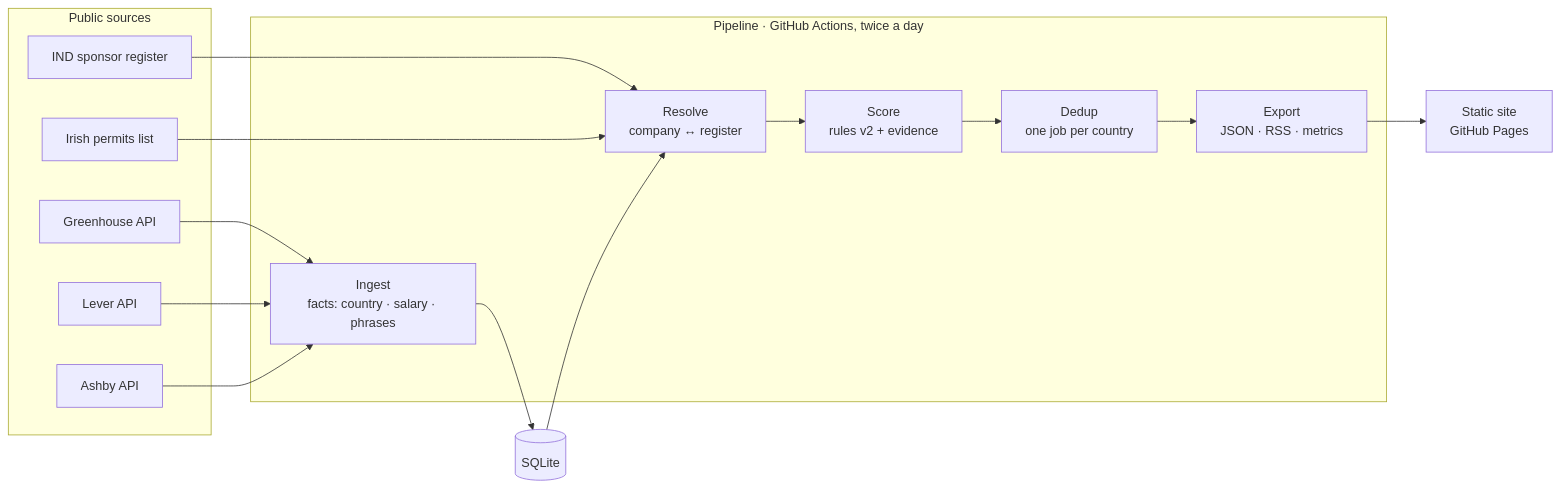
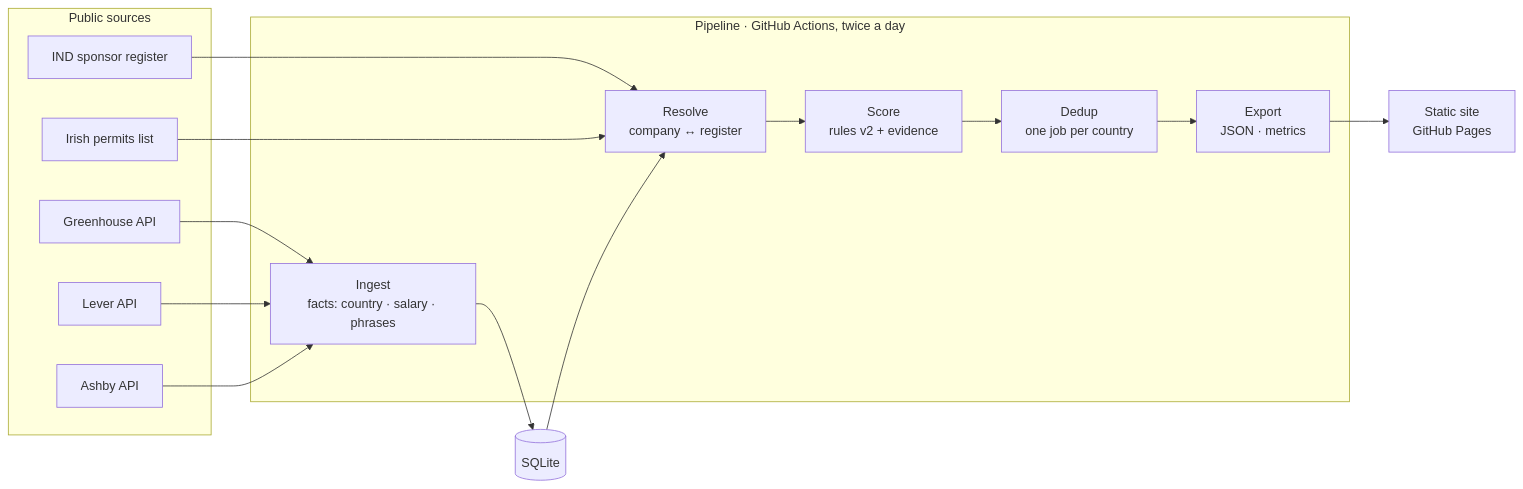
Before and after one commit to ilker-ekin/hadijob: the diagram in README.md, drawn with Mermaid. The commit also changed other lines of this file and 1 other file, not shown here.

````diff
--- a/README.md
+++ b/README.md
@@ -57,22 +56,22 @@
 ```mermaid
 flowchart LR
   subgraph Sources["Public sources"]
     GH[Greenhouse API]
     LV[Lever API]
     AB[Ashby API]
     IND[IND sponsor register]
     DETE[Irish permits list]
   end
   subgraph Pipeline["Pipeline · GitHub Actions, twice a day"]
     I[Ingest<br/>facts: country · salary · phrases]
     R[Resolve<br/>company ↔ register]
     S[Score<br/>rules v2 + evidence]
     D[Dedup<br/>one job per country]
-    E[Export<br/>JSON · RSS · metrics]
+    E[Export<br/>JSON · metrics]
   end
   DB[(SQLite)]
   Web[Static site<br/>GitHub Pages]
   GH & LV & AB --> I
   IND & DETE --> R
   I --> DB --> R --> S --> D --> E --> Web
 ```
````
